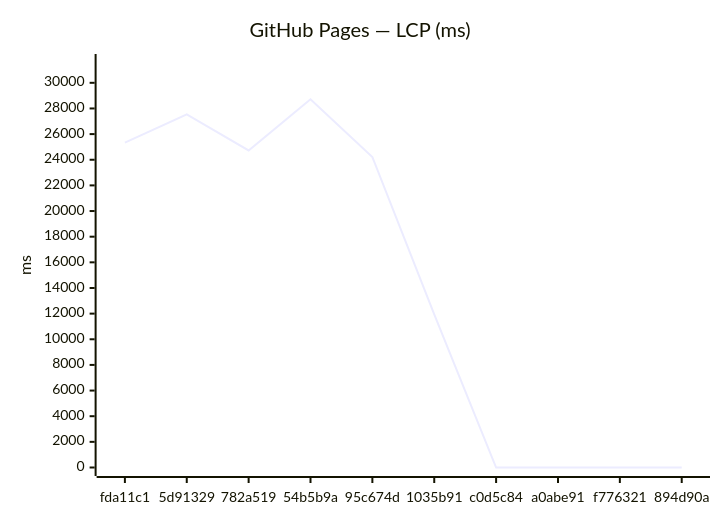
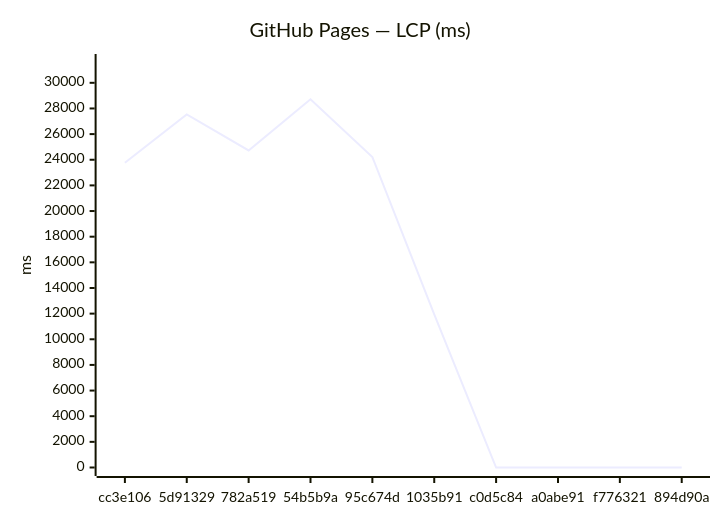
The third of 18 diagrams in benchmarks/compare.md (Metaheurist/Rianell), drawn with Mermaid before and after one commit. The commit also changed other lines of this file and 11 other files, not shown here.

````diff
--- a/benchmarks/compare.md
+++ b/benchmarks/compare.md
@@ -54,7 +54,7 @@
 ```mermaid
 xychart-beta
     title "GitHub Pages — LCP (ms)"
-    x-axis ["fda11c1", "5d91329", "782a519", "54b5b9a", "95c674d", "1035b91", "c0d5c84", "a0abe91", "f776321", "894d90a"]
+    x-axis ["cc3e106", "5d91329", "782a519", "54b5b9a", "95c674d", "1035b91", "c0d5c84", "a0abe91", "f776321", "894d90a"]
     y-axis "ms" 0 --> 31584
-    line [25329, 27536, 24725, 28712, 24213, 11936, 0, 0, 0, 0]
+    line [23765, 27536, 24725, 28712, 24213, 11936, 0, 0, 0, 0]
 ```
````
